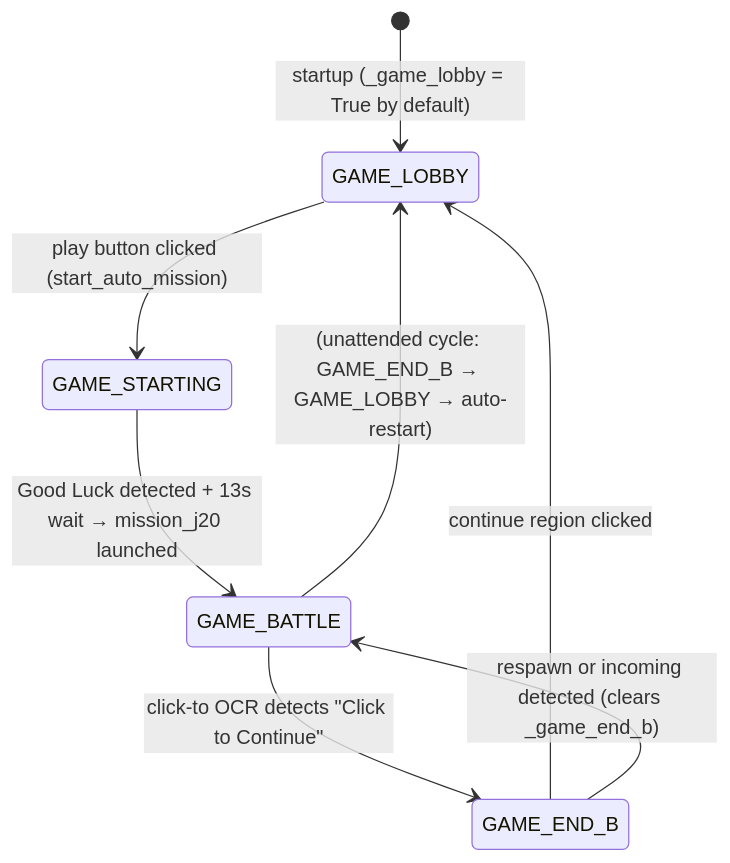
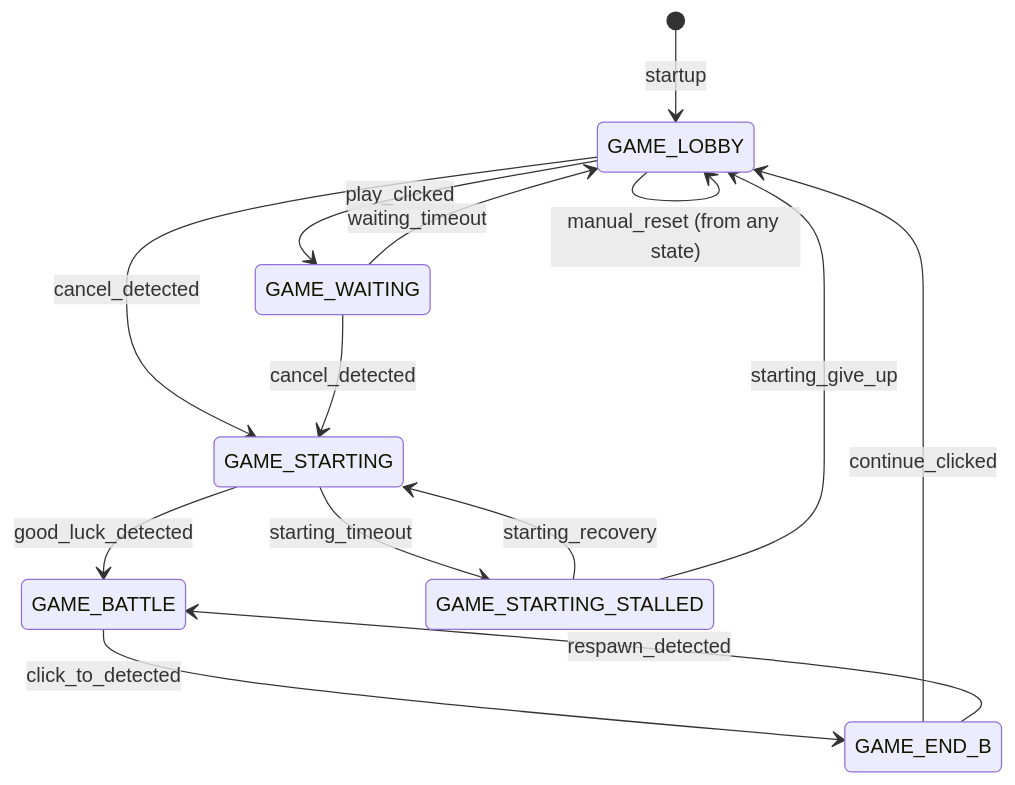
One commit to mhouse1/wingman changed the third of 6 diagrams in docs/architecture.md. Above: the diagram before and after it, drawn with Mermaid. The commit also changed other lines of this file and 2 other files, not shown here.

````diff
--- a/docs/architecture.md
+++ b/docs/architecture.md
@@ -145,10 +146,23 @@
 ```mermaid
 stateDiagram-v2
-    [*] --> GAME_LOBBY : startup (_game_lobby = True by default)
-    GAME_LOBBY --> GAME_STARTING : play button clicked (start_auto_mission)
-    GAME_STARTING --> GAME_BATTLE : Good Luck detected + 13s wait → mission_j20 launched
-    GAME_BATTLE --> GAME_END_B : click-to OCR detects "Click to Continue"
-    GAME_END_B --> GAME_LOBBY : continue region clicked
-    GAME_END_B --> GAME_BATTLE : respawn or incoming detected (clears _game_end_b)
-    GAME_BATTLE --> GAME_LOBBY : (unattended cycle: GAME_END_B → GAME_LOBBY → auto-restart)
+    [*] --> GAME_LOBBY : startup
+
+    GAME_LOBBY --> GAME_WAITING : play_clicked
+    GAME_LOBBY --> GAME_STARTING : cancel_detected
+
+    GAME_WAITING --> GAME_STARTING : cancel_detected
+    GAME_WAITING --> GAME_LOBBY : waiting_timeout
+
+    GAME_STARTING --> GAME_BATTLE : good_luck_detected
+    GAME_STARTING --> GAME_STARTING_STALLED : starting_timeout
+
+    GAME_STARTING_STALLED --> GAME_STARTING : starting_recovery
+    GAME_STARTING_STALLED --> GAME_LOBBY : starting_give_up
+
+    GAME_BATTLE --> GAME_END_B : click_to_detected
+
+    GAME_END_B --> GAME_LOBBY : continue_clicked
+    GAME_END_B --> GAME_BATTLE : respawn_detected
+
+    GAME_LOBBY --> GAME_LOBBY : manual_reset (from any state)
 ```
````
